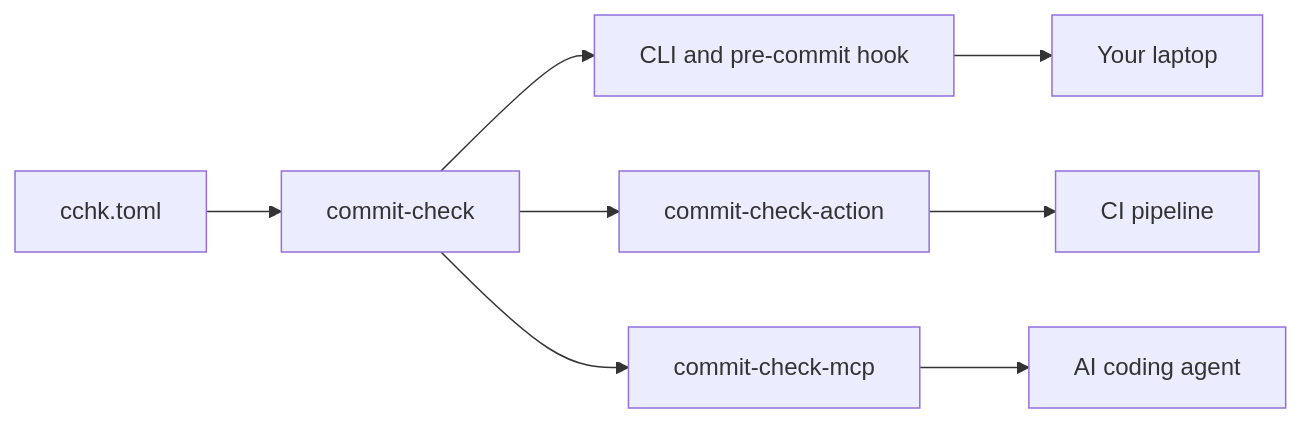
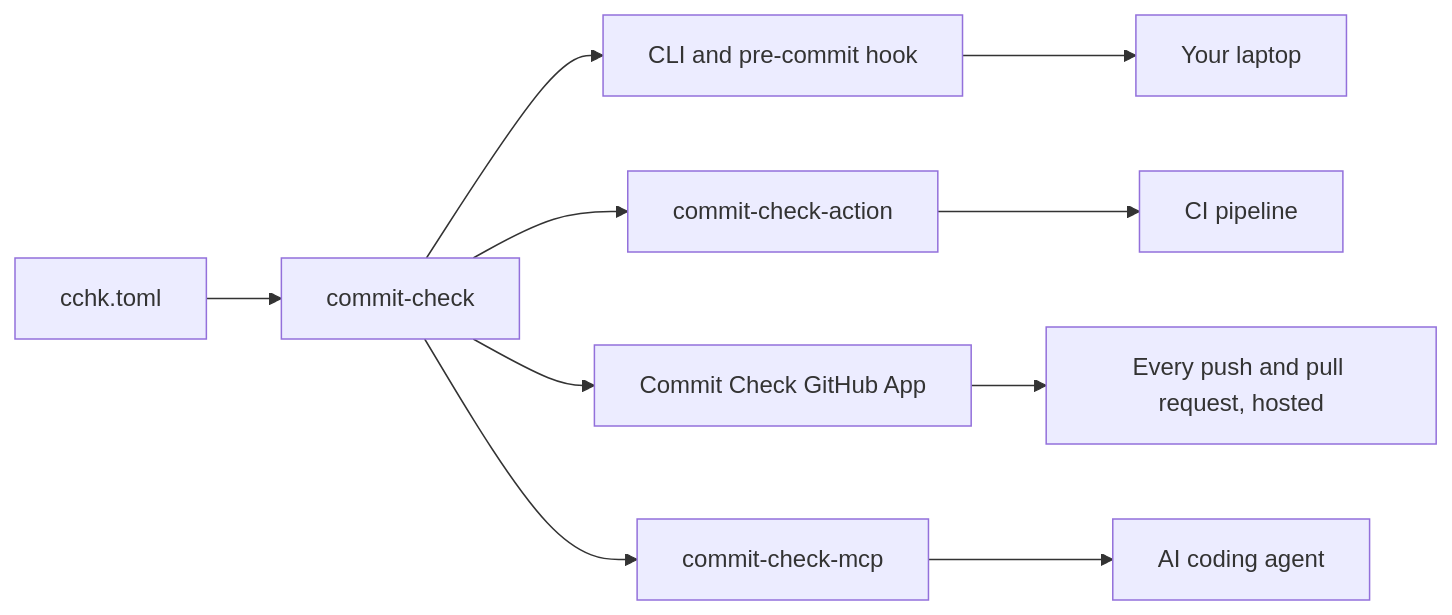
One commit to commit-check/commit-check.com changed the diagram in docs/index.md. Above: the diagram before and after it, drawn with Mermaid. The commit also changed 2 other files, not shown here.

First paragraph of the commit message:
docs: introduce the Commit Check GitHub App (#23)
The App is on the Marketplace —
https://github.com/marketplace/commit-check — and the site did not
mention it anywhere but the privacy page.

````diff
--- a/docs/index.md
+++ b/docs/index.md
@@ -226,12 +226,14 @@
 ```mermaid
 graph LR
     Config["cchk.toml"] --> Engine["commit-check"]
 
     Engine --> Hook["CLI and pre-commit hook"]
     Engine --> Action["commit-check-action"]
+    Engine --> App["Commit Check GitHub App"]
     Engine --> MCP["commit-check-mcp"]
 
     Hook --> Dev["Your laptop"]
     Action --> CI["CI pipeline"]
+    App --> PR["Every push and pull request, hosted"]
     MCP --> Agent["AI coding agent"]
 ```
````
